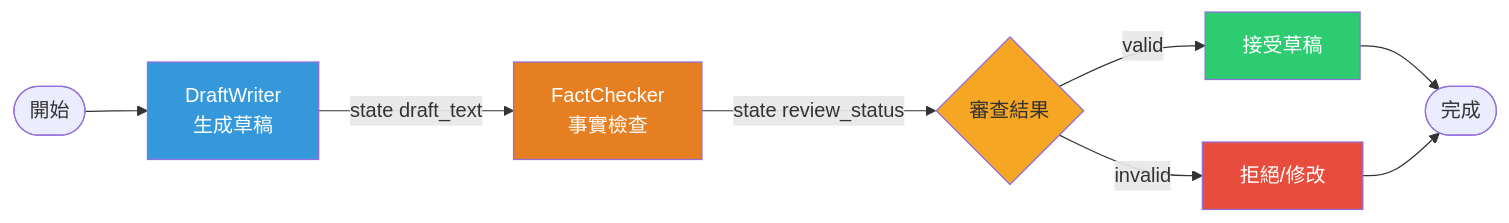
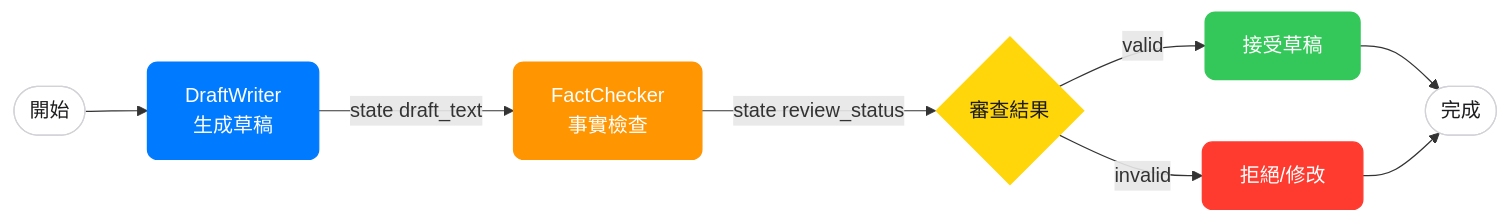
One commit to lastingyeh/google-adk-study changed the fifth of 8 diagrams in workspace/adk-docs/agents/multi-agents_appendix.md. Above: the diagram before and after it, drawn with Mermaid. The commit also changed other lines of this file, not shown here.

Commit message:
更新 `multi-agents_appendix.md` Mermaid 流程圖樣式與結構

````diff
--- a/workspace/adk-docs/agents/multi-agents_appendix.md
+++ b/workspace/adk-docs/agents/multi-agents_appendix.md
@@ -129,16 +163,28 @@
 ```mermaid
-graph LR
+flowchart LR
+    %% Style Definitions
+    classDef default fill:#F5F5F7,stroke:#D2D2D7,color:#1D1D1F,rx:8,ry:8;
+    classDef primary fill:#007AFF,stroke:#007AFF,color:#FFFFFF,rx:8,ry:8;
+    classDef critique fill:#FF9500,stroke:#FF9500,color:#FFFFFF,rx:8,ry:8;
+    classDef decision fill:#FFD60A,stroke:#FFD60A,color:#1D1D1F,rx:8,ry:8;
+    classDef success fill:#34C759,stroke:#34C759,color:#FFFFFF,rx:8,ry:8;
+    classDef fail fill:#FF3B30,stroke:#FF3B30,color:#FFFFFF,rx:8,ry:8;
+    classDef startEnd fill:#FFFFFF,stroke:#D2D2D7,color:#1D1D1F,rx:8,ry:8;
+
+    %% Diagram
     Start([開始]) --> Gen[DraftWriter<br/>生成草稿]
     Gen -->|state draft_text| Rev[FactChecker<br/>事實檢查]
     Rev -->|state review_status| Decision{審查結果}
     Decision -->|valid| Accept[接受草稿]
     Decision -->|invalid| Reject[拒絕/修改]
     Accept --> End([完成])
     Reject --> End
 
-    style Gen fill:#3498DB,color:#fff
-    style Rev fill:#E67E22,color:#fff
-    style Decision fill:#F5A623,color:#333
-    style Accept fill:#2ECC71,color:#fff
-    style Reject fill:#E74C3C,color:#fff
+    %% Apply Styles
+    class Start,End startEnd;
+    class Gen primary;
+    class Rev critique;
+    class Decision decision;
+    class Accept success;
+    class Reject fail;
 ```
````
